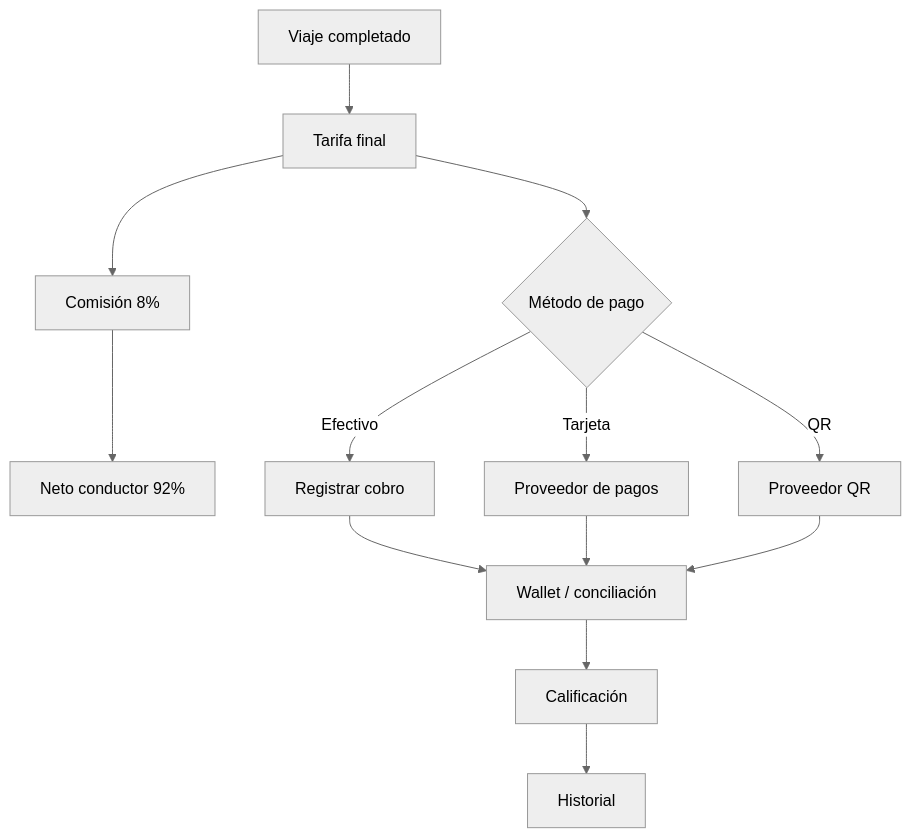
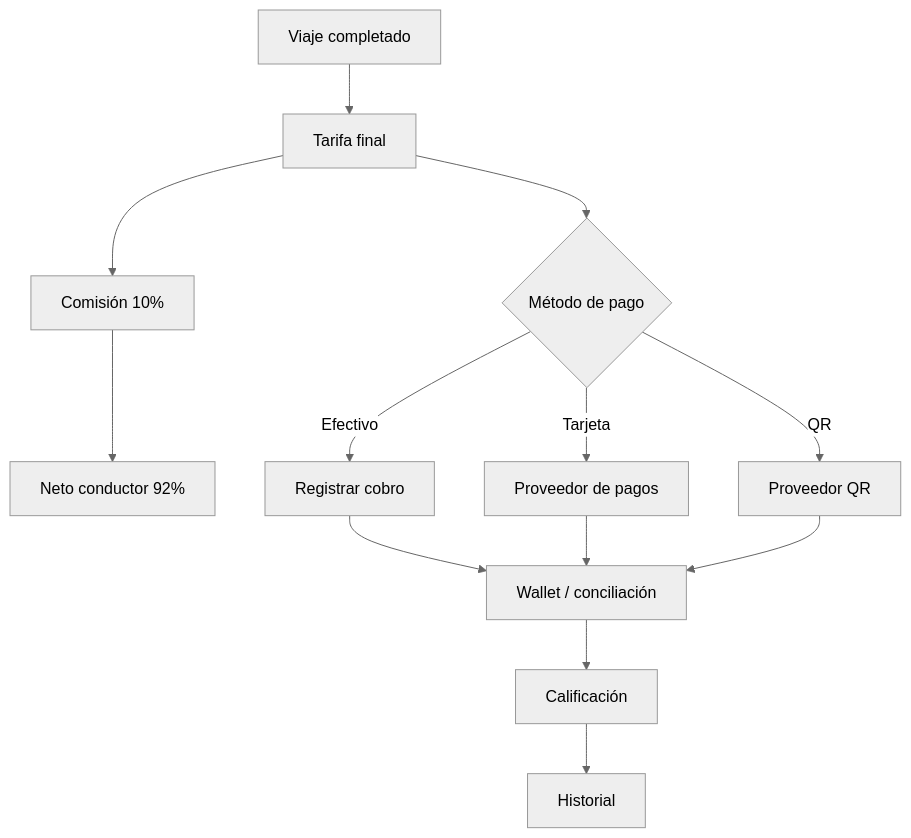
One commit to ja121680-lang/MOTO-MX changed the diagram in motogo_mx_starter/docs/payment_flow.md. Above: the diagram before and after it, drawn with Mermaid (neutral theme). The commit also changed 21 other files, not shown here.

````diff
--- a/motogo_mx_starter/docs/payment_flow.md
+++ b/motogo_mx_starter/docs/payment_flow.md
@@ -3,15 +3,15 @@
 ```mermaid
 flowchart TD
     A[Viaje completado] --> B[Tarifa final]
-    B --> C[Comisión 8%]
+    B --> C[Comisión 10%]
     C --> D[Neto conductor 92%]
     B --> E{Método de pago}
     E -->|Efectivo| F[Registrar cobro]
     E -->|Tarjeta| G[Proveedor de pagos]
     E -->|QR| H[Proveedor QR]
     F --> I[Wallet / conciliación]
     G --> I
     H --> I
     I --> J[Calificación]
     J --> K[Historial]
 ```
````
